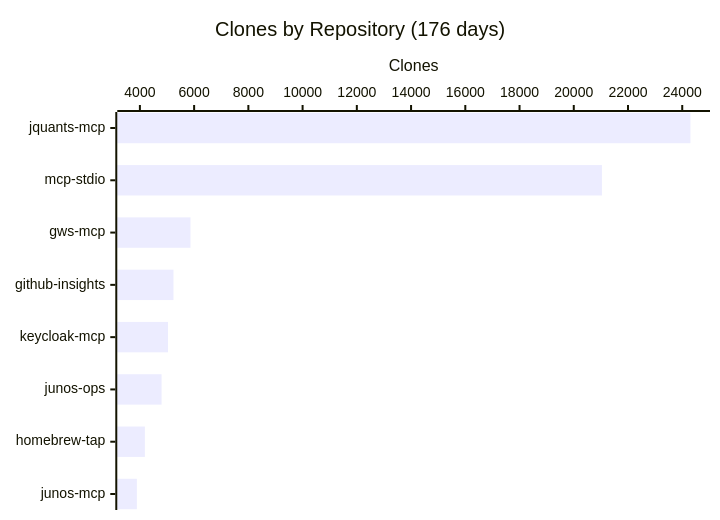
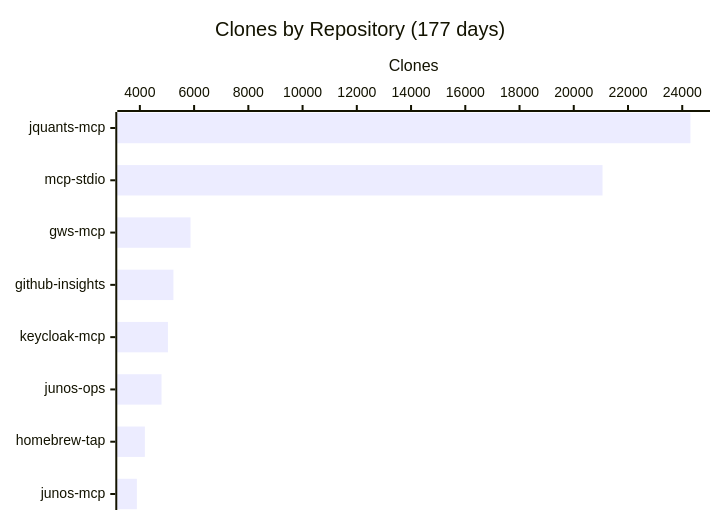
Before and after one commit to shigechika/github-insights: the fourth of 4 diagrams in README.md, drawn with Mermaid. The commit also changed other lines of this file and 2 other files, not shown here.

````diff
--- a/README.md
+++ b/README.md
@@ -58,7 +58,7 @@
 ```mermaid
 xychart-beta horizontal
-    title "Clones by Repository (176 days)"
+    title "Clones by Repository (177 days)"
     x-axis ["jquants-mcp", "mcp-stdio", "gws-mcp", "github-insights", "keycloak-mcp", "junos-ops", "homebrew-tap", "junos-mcp"]
     y-axis "Clones"
-    bar [24302, 21039, 5866, 5238, 5035, 4799, 4184, 3888]
+    bar [24302, 21061, 5868, 5238, 5035, 4799, 4184, 3889]
 ```
````
